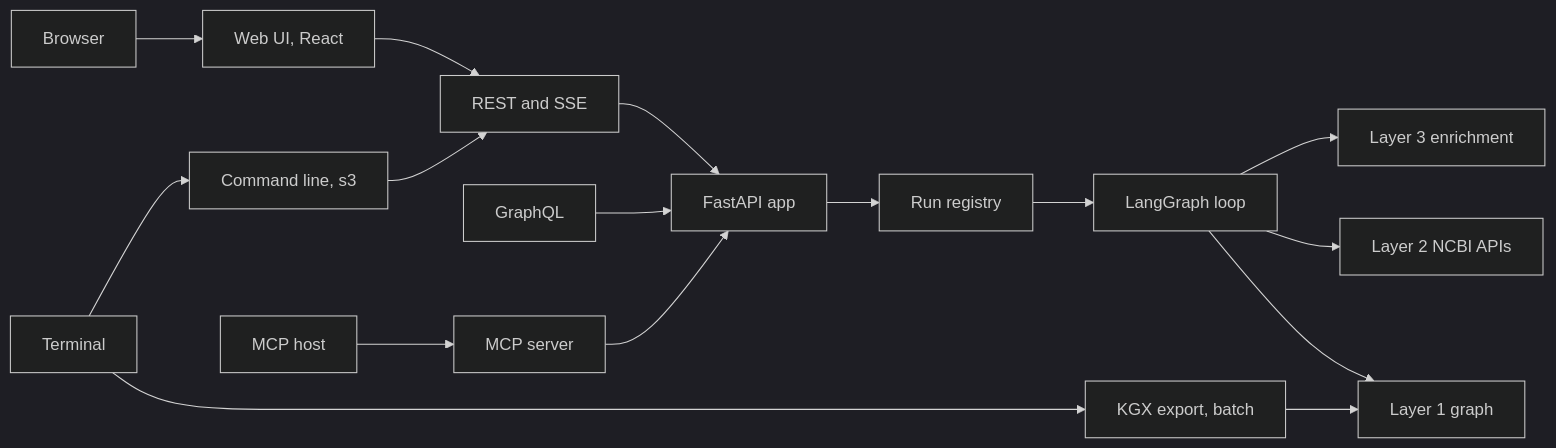
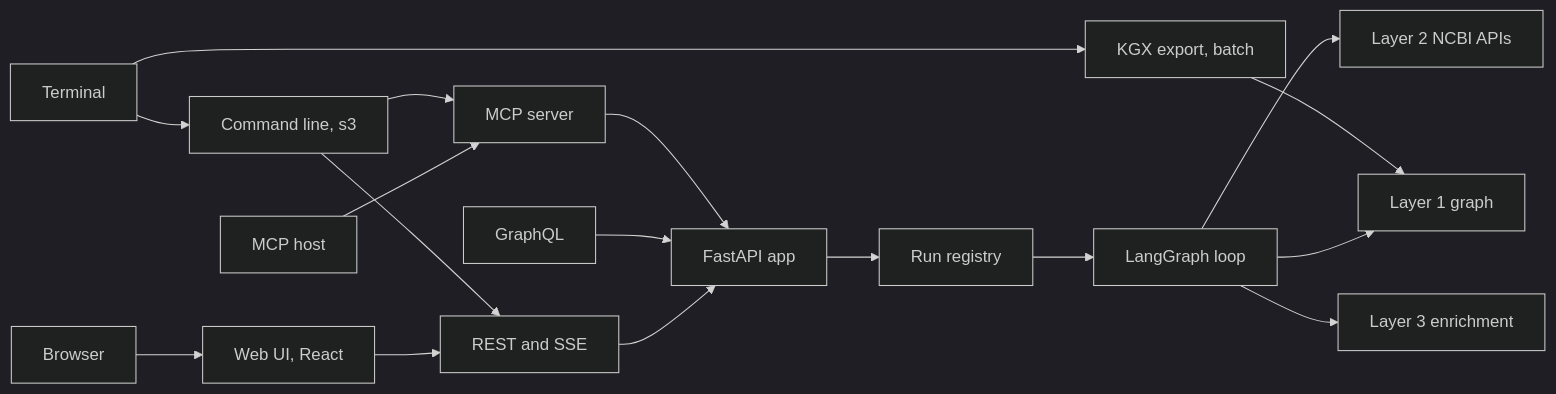
The first of 6 diagrams in visualizations/Architecture_diagram.md (monideep2255/agentic-search-ui), drawn with Mermaid (dark theme) before and after one commit. The commit also changed other lines of this file and 1 other file, not shown here.

First line of the commit message:
docs: the architecture diagram and the deep dive match the loop's model calls and the 30 s graph budget

````diff
--- a/visualizations/Architecture_diagram.md
+++ b/visualizations/Architecture_diagram.md
@@ -18,38 +18,39 @@
 ```mermaid
 flowchart LR
     Browser["Browser"]
     Host["MCP host"]
     Term["Terminal"]
 
     Web["Web UI, React"]
     REST["REST and SSE"]
     GQL["GraphQL"]
     MCP["MCP server"]
     CLI["Command line, s3"]
     KGXC["KGX export, batch"]
 
     API["FastAPI app"]
     Reg["Run registry"]
     Loop["LangGraph loop"]
 
     L1["Layer 1 graph"]
     L2["Layer 2 NCBI APIs"]
     L3["Layer 3 enrichment"]
 
     Browser --> Web
     Web --> REST
     Host --> MCP
     Term --> CLI
     Term --> KGXC
     CLI --> REST
+    CLI --> MCP
 
     REST --> API
     GQL --> API
     MCP --> API
     API --> Reg
     Reg --> Loop
     Loop --> L1
     Loop --> L2
     Loop --> L3
     KGXC --> L1
 ```
````
